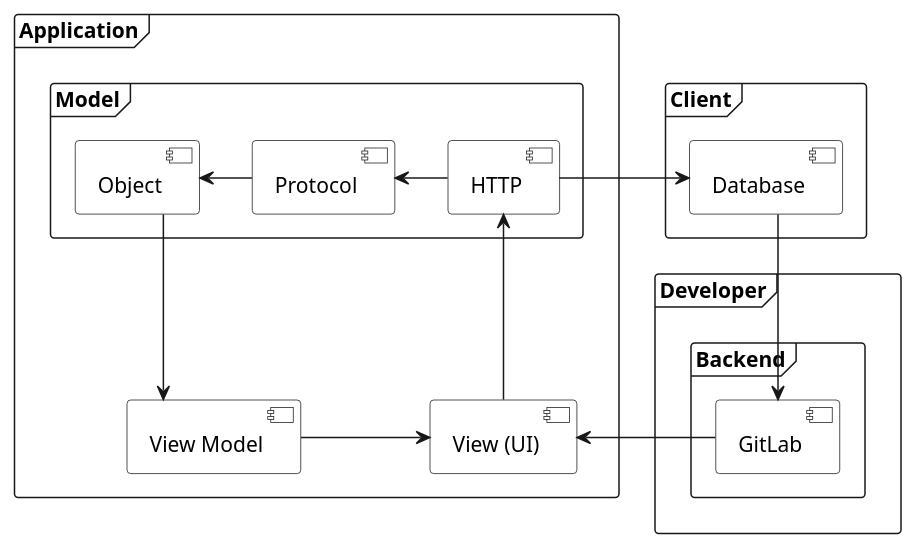
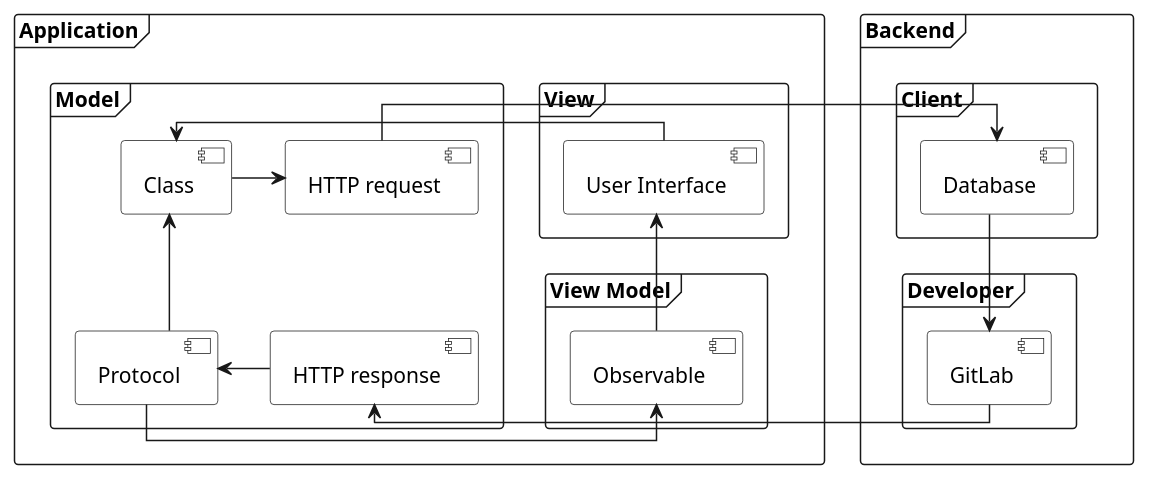
Before and after one commit to thorlindberg/thesis: the first of 2 diagrams in dissertation/4-1 background-case.md, drawn with PlantUML.

Commit message:
Update 4-1 background-case.md

```diff
--- a/dissertation/4-1 background-case.md
+++ b/dissertation/4-1 background-case.md
@@ -35,41 +35,50 @@
 @startuml
 
 skinparam linetype ortho
 
 <style>
 componentDiagram {
     BackGroundColor transparent
     frame {
         BackGroundColor white
     }
     component {
         BackGroundColor white
     }
 }
 </style>
 
-frame Application {
-    [View Model] -left-> [View (UI)]
-    frame Model {
-        [HTTP] -left-> [Protocol]
-        [Protocol] -left-> [Object]
+
+frame Backend {
+    frame Client  {
+        [Database]
     }
-}
-
-frame Client  {
-    [Database]
-}
-
-frame Developer {
-    frame Backend {
+    frame Developer {
         [GitLab]
     }
 }
 
-[View (UI)] -up-> [HTTP]
-[Object] -left-> [View Model]
-[HTTP] -right-> [Database]
+frame Application {
+    frame View {
+        [User Interface]
+    }
+    frame "View Model" {
+        [Observable]
+    }
+    frame Model {
+        [HTTP request]
+        [HTTP response] -left-> [Protocol]
+        [Protocol] -up-> [Class]
+    }
+}
+
+[Protocol] -left-> [Observable]
+[Observable] -up-> [User Interface]
+[User Interface] -right-> [Class]
+
+[Class] -right-> [HTTP request]
+[HTTP request] -right-> [Database]
 [Database] -down-> [GitLab]
-[GitLab] -left-> [View (UI)]
+[GitLab] -left-> [HTTP response]
 
 @enduml
```
